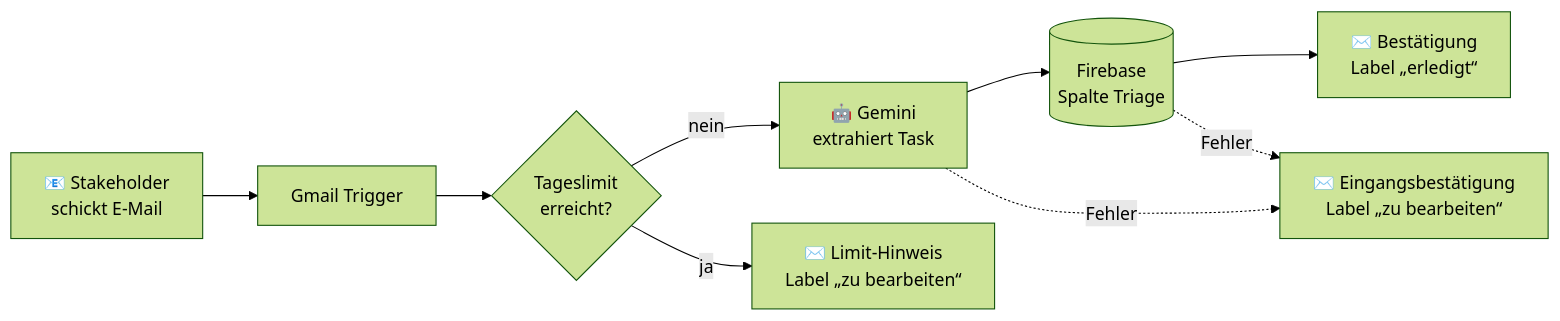
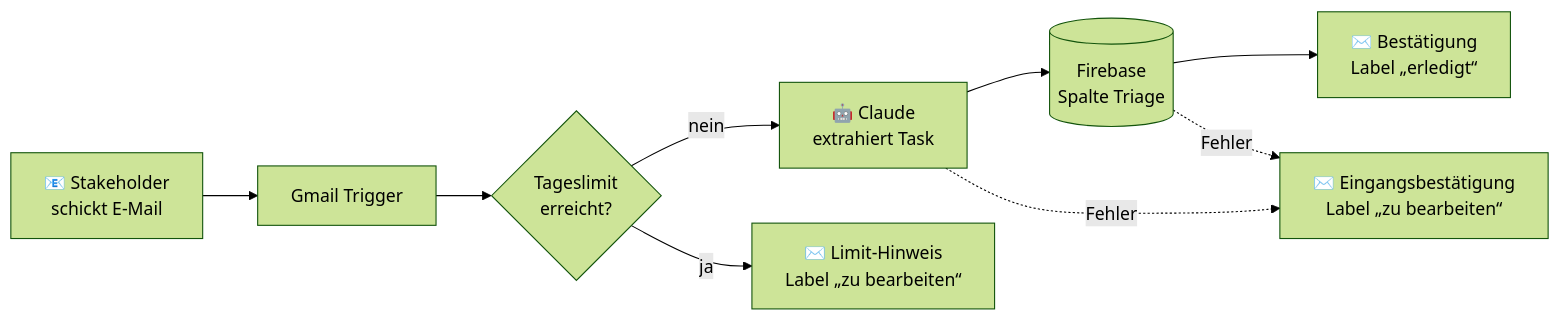
The diagram in README.md (dfo81/Join_V2_Ai), drawn with Mermaid (forest theme) before and after one commit. The commit also changed other lines of this file and 1 other file, not shown here.

First line of the commit message:
Switch email-to-task AI step from Gemini to Claude Haiku 4.5

````diff
--- a/README.md
+++ b/README.md
@@ -56,11 +56,11 @@
 ```mermaid
 flowchart LR
     A[📧 Stakeholder<br/>schickt E-Mail] --> B[Gmail Trigger]
     B --> C{Tageslimit<br/>erreicht?}
-    C -- nein --> D[🤖 Gemini<br/>extrahiert Task]
+    C -- nein --> D[🤖 Claude<br/>extrahiert Task]
     D --> E[(Firebase<br/>Spalte Triage)]
     E --> F[✉️ Bestätigung<br/>Label „erledigt“]
     C -- ja --> G[✉️ Limit-Hinweis<br/>Label „zu bearbeiten“]
     D -. Fehler .-> H[✉️ Eingangsbestätigung<br/>Label „zu bearbeiten“]
     E -. Fehler .-> H
 ```
````
